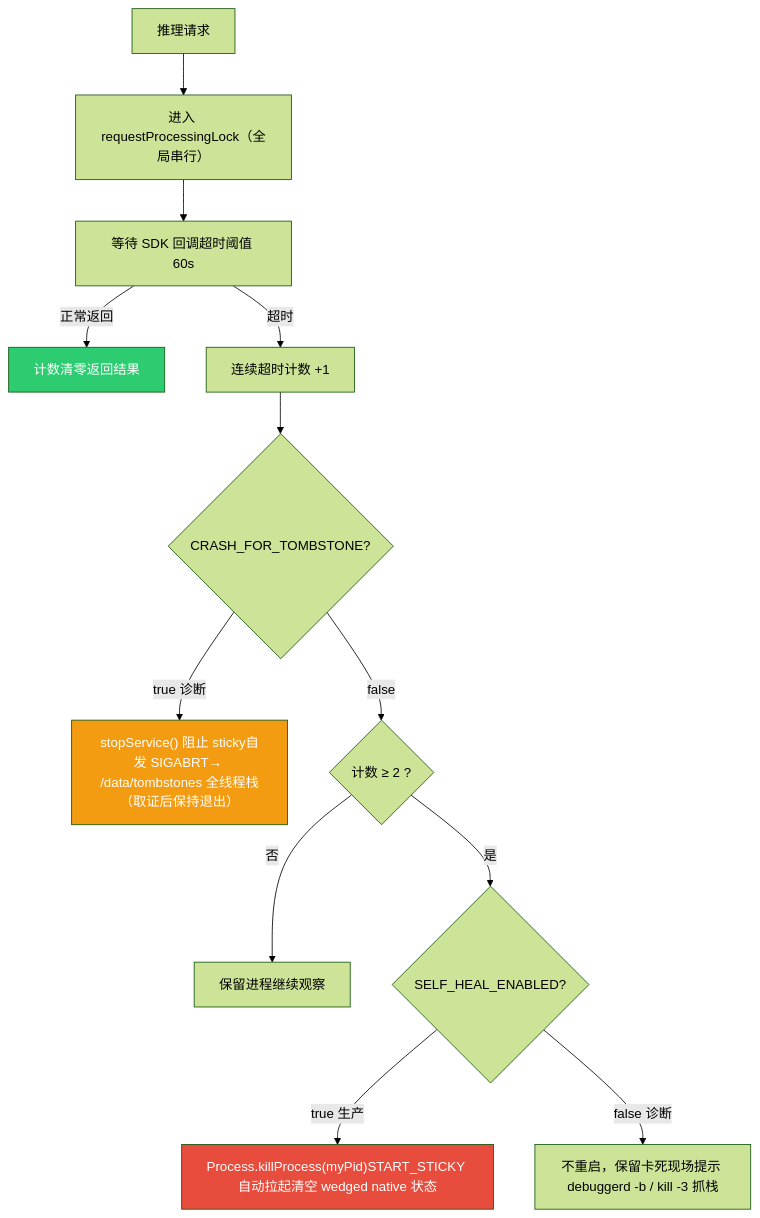
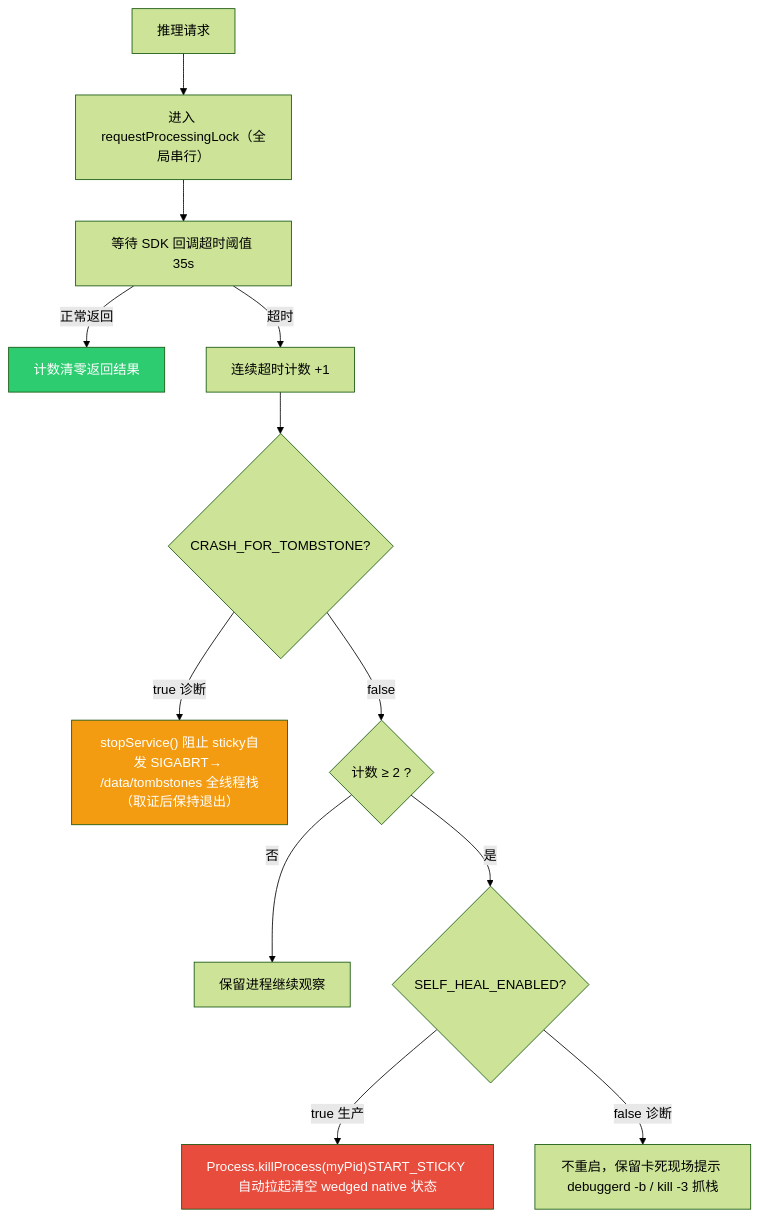
One commit to ranpin/edge-ai-docs changed the fifth of 6 diagrams in cockpit/projects/lantu/apk-integration.md. Above: the diagram before and after it, drawn with Mermaid (forest theme). The commit also changed other lines of this file, not shown here.

````diff
--- a/cockpit/projects/lantu/apk-integration.md
+++ b/cockpit/projects/lantu/apk-integration.md
@@ -391,18 +423,18 @@
 ```mermaid
 flowchart TB
     REQ["推理请求"] --> LOCK["进入 requestProcessingLock（全局串行）"]
-    LOCK --> WAIT["等待 SDK 回调超时阈值 60s"]
+    LOCK --> WAIT["等待 SDK 回调超时阈值 35s"]
     WAIT -->|正常返回| OK["计数清零返回结果"]
     WAIT -->|超时| INC["连续超时计数 +1"]
     INC --> Q1{"CRASH_FOR_TOMBSTONE?"}
     Q1 -->|true 诊断| TOMB["stopService() 阻止 sticky自发 SIGABRT→ /data/tombstones 全线程栈（取证后保持退出）"]
     Q1 -->|false| Q2{"计数 ≥ 2 ?"}
     Q2 -->|否| KEEPALIVE["保留进程继续观察"]
     Q2 -->|是| Q3{"SELF_HEAL_ENABLED?"}
     Q3 -->|true 生产| KILL["Process.killProcess(myPid)START_STICKY 自动拉起清空 wedged native 状态"]
     Q3 -->|false 诊断| HOLD["不重启，保留卡死现场提示 debuggerd -b / kill -3 抓栈"]
 
     style OK fill:#2ecc71,color:#fff
     style KILL fill:#e74c3c,color:#fff
     style TOMB fill:#f39c12,color:#fff
 ```
````
